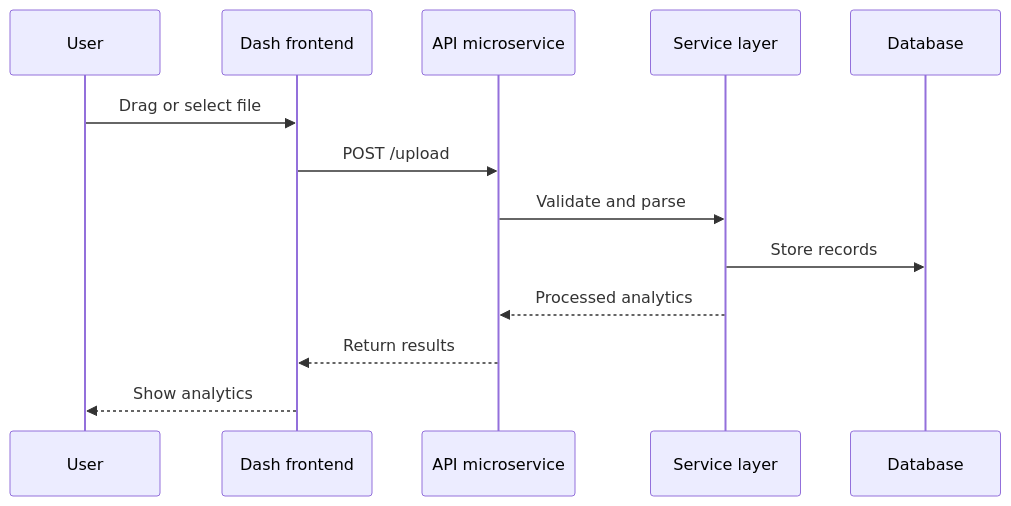
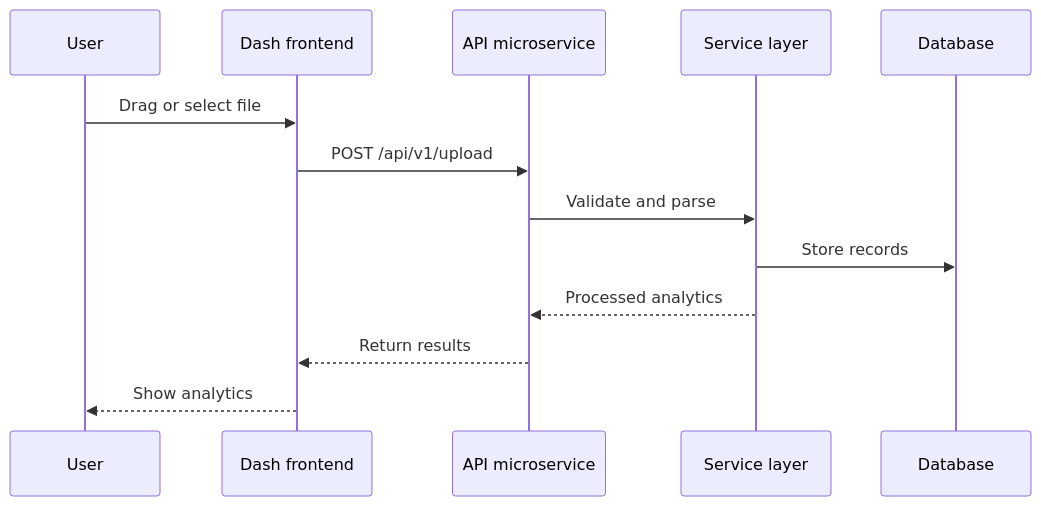
One commit to WSG23/yosai_intel_dashboard_fresh changed the second of 2 diagrams in docs/architecture_diagrams.md. Above: the diagram before and after it, drawn with Mermaid. The commit also changed 11 other files, not shown here.

````diff
--- a/docs/architecture_diagrams.md
+++ b/docs/architecture_diagrams.md
@@ -18,16 +18,16 @@
 ```mermaid
 sequenceDiagram
     participant U as User
     participant FE as Dash frontend
     participant BE as API microservice
     participant S as Service layer
     participant DB as Database
 
     U->>FE: Drag or select file
-    FE->>BE: POST /upload
+    FE->>BE: POST /api/v1/upload
     BE->>S: Validate and parse
     S->>DB: Store records
     S-->>BE: Processed analytics
     BE-->>FE: Return results
     FE-->>U: Show analytics
 ```
````
